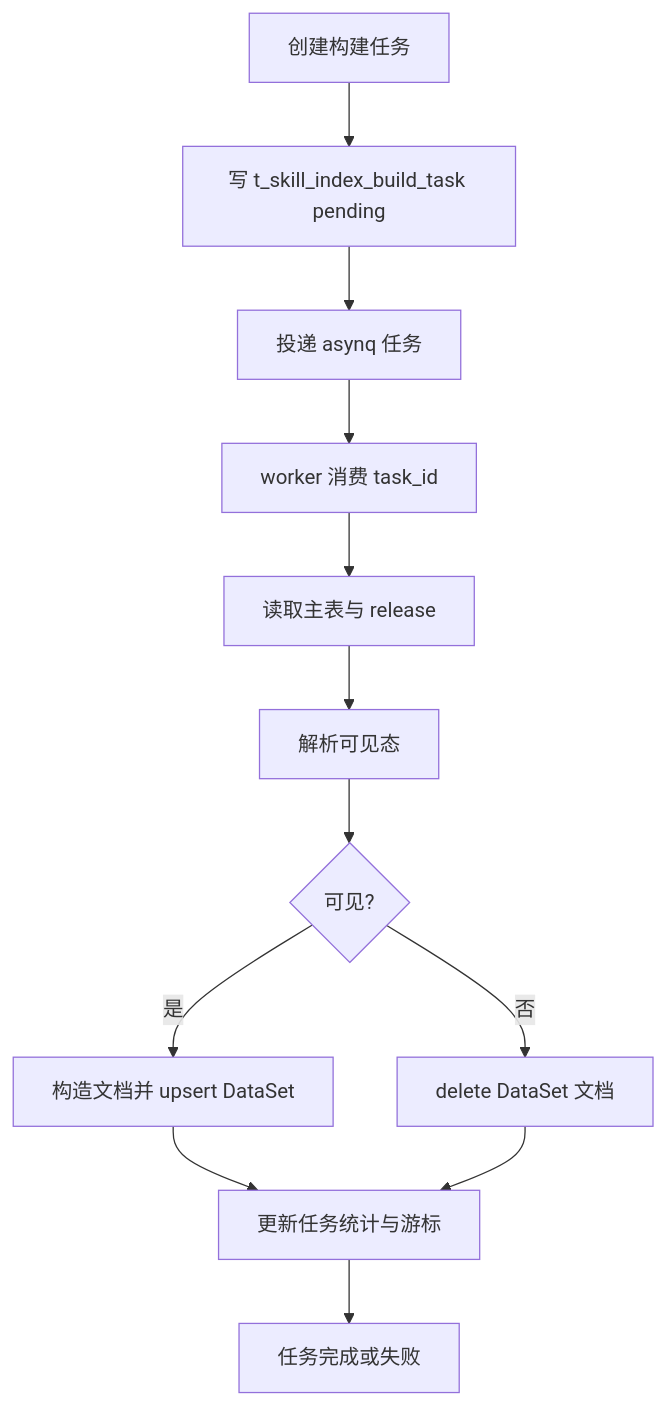
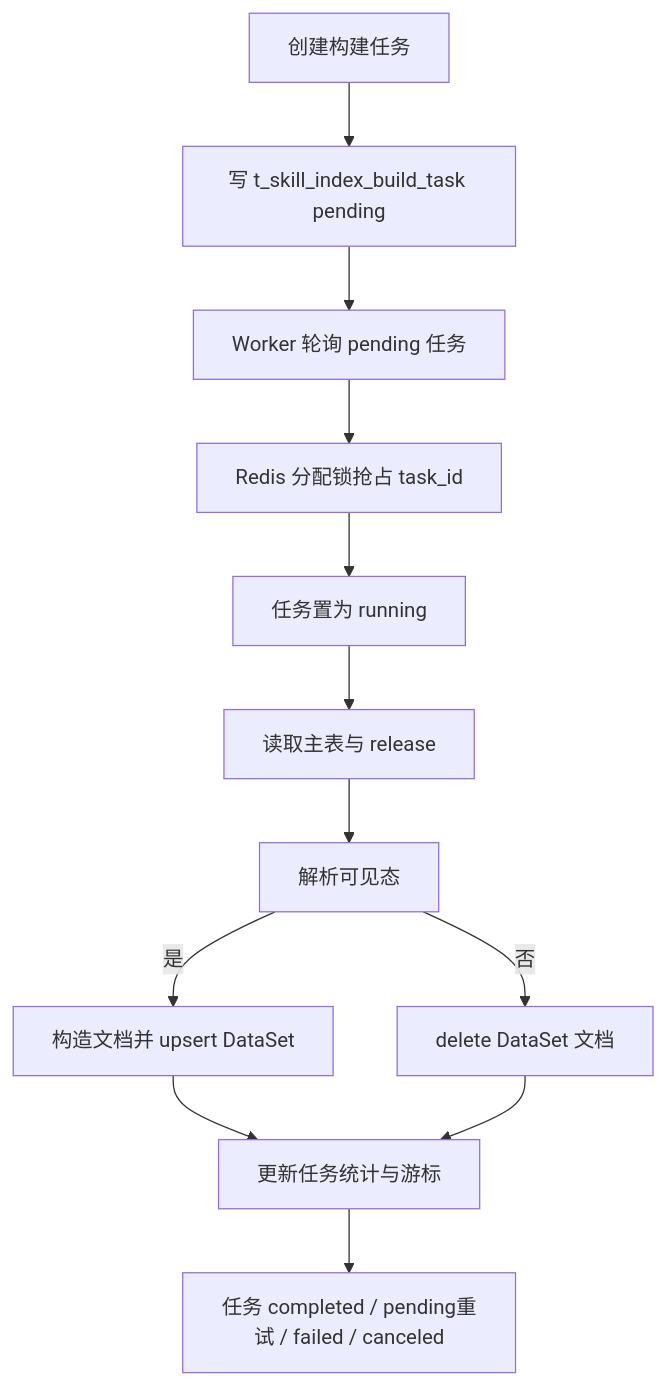
One commit to kweaver-ai/kweaver-core changed the third of 4 diagrams in adp/execution-factory/operator-integration/docs/design/features/skill_dataset_rebuild_and_incremental_build.md. Above: the diagram before and after it, drawn with Mermaid. The commit also changed other lines of this file and 3 other files, not shown here.

````diff
--- a/adp/execution-factory/operator-integration/docs/design/features/skill_dataset_rebuild_and_incremental_build.md
+++ b/adp/execution-factory/operator-integration/docs/design/features/skill_dataset_rebuild_and_incremental_build.md
@@ -166,14 +154,14 @@
 ```mermaid
 flowchart TD
     A[创建构建任务] --> B[写 t_skill_index_build_task pending]
-    B --> C[投递 asynq 任务]
-    C --> D[worker 消费 task_id]
-    D --> E[读取主表与 release]
-    E --> F[解析可见态]
-    F --> G{可见?}
+    B --> C[Worker 轮询 pending 任务]
+    C --> D[Redis 分配锁抢占 task_id]
+    D --> E[任务置为 running]
+    E --> F[读取主表与 release]
+    F --> G[解析可见态]
     G -- 是 --> H[构造文档并 upsert DataSet]
     G -- 否 --> I[delete DataSet 文档]
     H --> J[更新任务统计与游标]
     I --> J
-    J --> K[任务完成或失败]
+    J --> K[任务 completed / pending重试 / failed / canceled]
 ```
````
